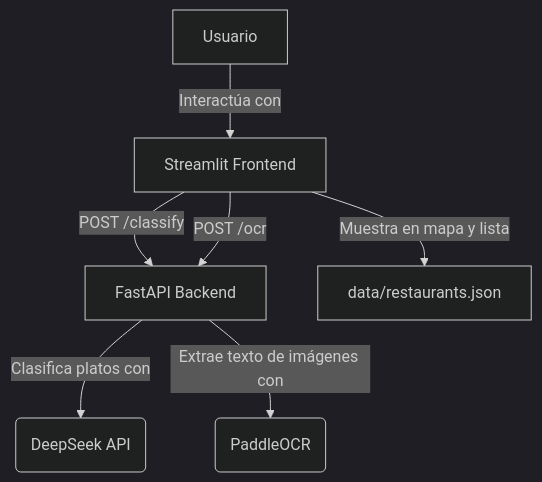
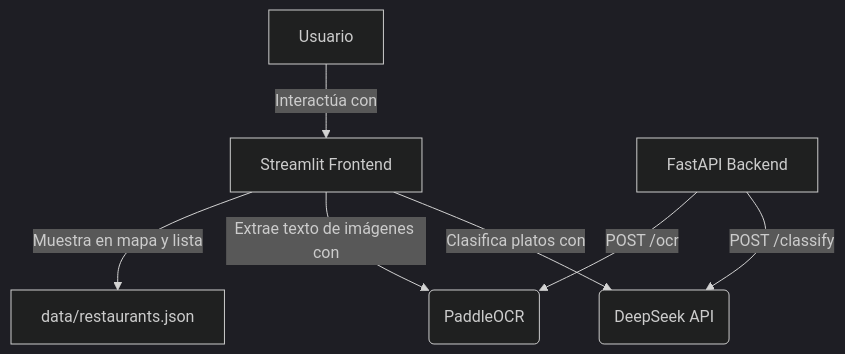
The diagram in README.md (tgcarrero-code/Aptito), drawn with Mermaid (dark theme) before and after one commit. The commit also changed other lines of this file, not shown here.

````diff
--- a/README.md
+++ b/README.md
@@ -8,9 +10,9 @@
 ```mermaid
 graph TD
     User[Usuario] -->|Interactúa con| Frontend[Streamlit Frontend]
-    Frontend -->|POST /classify| Backend[FastAPI Backend]
-    Frontend -->|POST /ocr| Backend
-    Backend -->|Clasifica platos con| DeepSeekAPI(DeepSeek API)
-    Backend -->|Extrae texto de imágenes con| PaddleOCR(PaddleOCR)
+    Frontend -->|Clasifica platos con| DeepSeekAPI(DeepSeek API)
+    Frontend -->|Extrae texto de imágenes con| PaddleOCR(PaddleOCR)
     Frontend -->|Muestra en mapa y lista| RestaurantsData[data/restaurants.json]
+    Backend[FastAPI Backend] -->|POST /classify| DeepSeekAPI
+    Backend -->|POST /ocr| PaddleOCR
 ```
````
